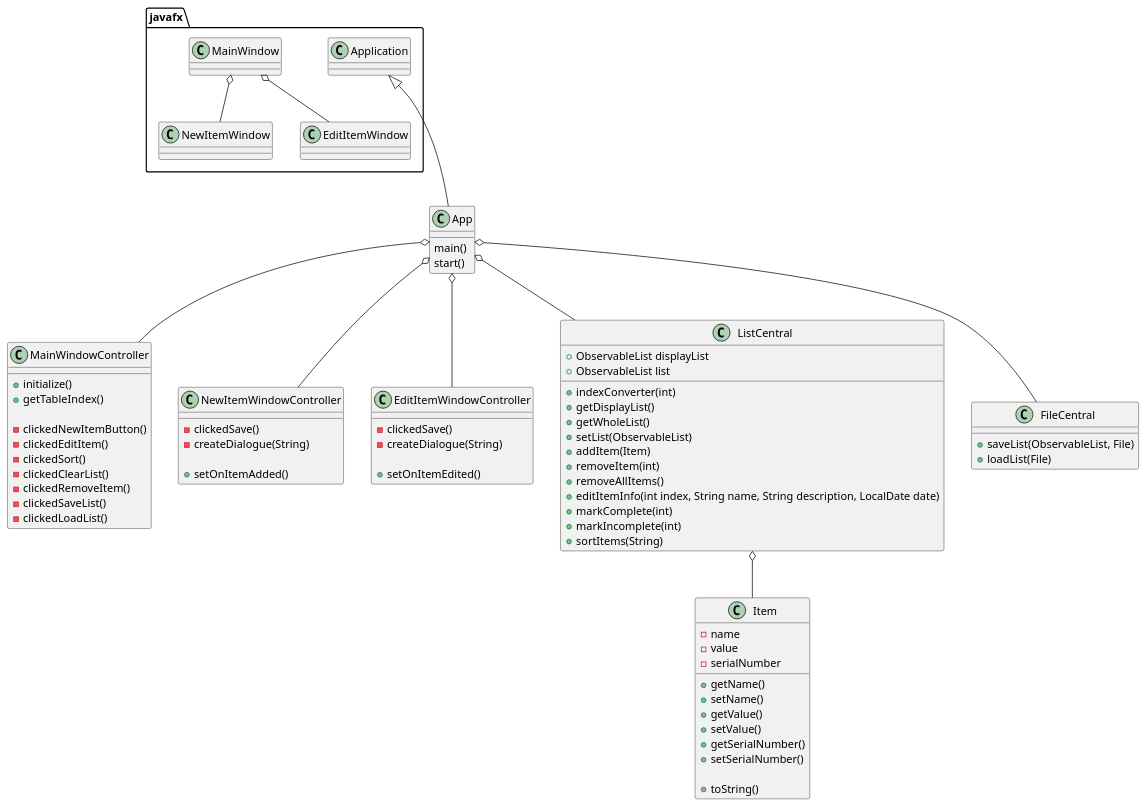
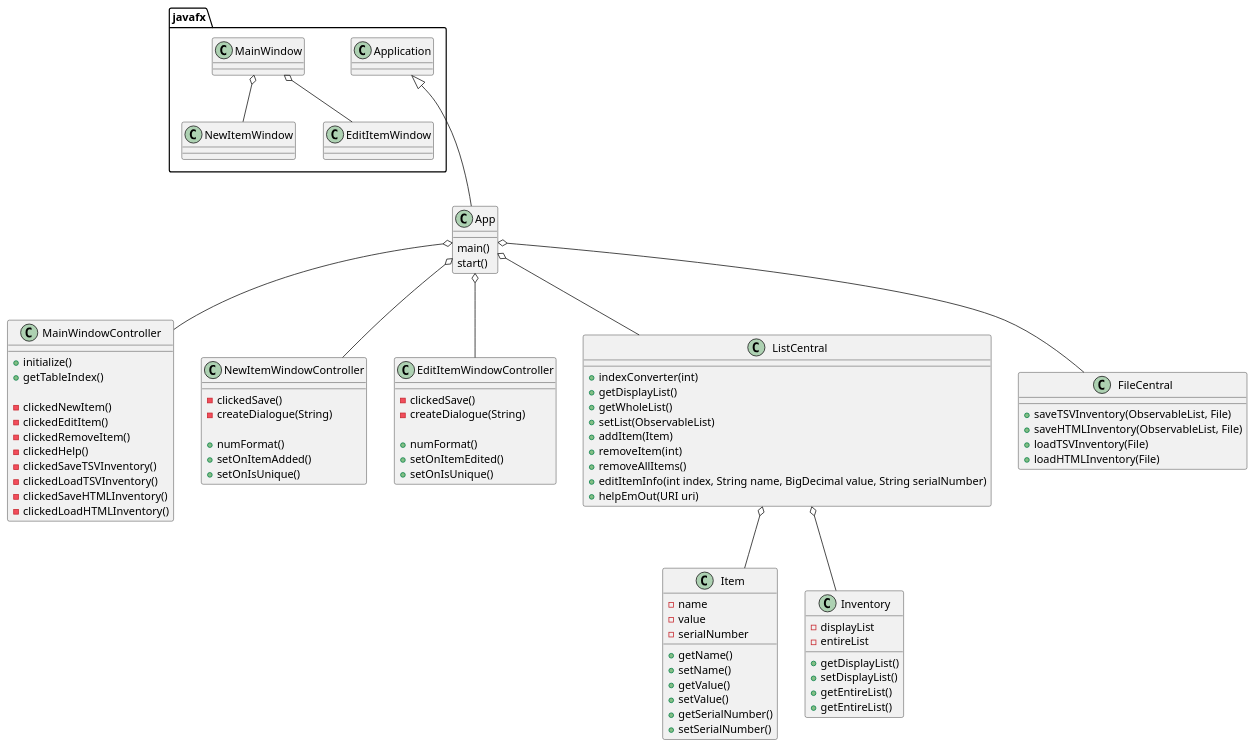
One commit to jgpeachey/Peachey-4871-a5 changed the diagram in Uml/Assignment5UML.puml. Above: the diagram before and after it, drawn with PlantUML.

Commit message:
updated uml

```diff
--- a/Uml/Assignment5UML.puml
+++ b/Uml/Assignment5UML.puml
@@ -1,83 +1,94 @@
 @startuml
 'https://plantuml.com/class-diagram
 
 class App {
     main()
     start()
 }
 
 class Item{
     -name
     -value
     -serialNumber
 
     +getName()
     +setName()
     +getValue()
     +setValue()
     +getSerialNumber()
     +setSerialNumber()
+}
 
-    +toString()
+class Inventory{
+    -displayList
+    -entireList
+
+    +getDisplayList()
+    +setDisplayList()
+    +getEntireList()
+    +getEntireList()
 }
 
 class MainWindowController{
     +initialize()
     +getTableIndex()
 
-    -clickedNewItemButton()
+    -clickedNewItem()
     -clickedEditItem()
-    -clickedSort()
-    -clickedClearList()
     -clickedRemoveItem()
-    -clickedSaveList()
-    -clickedLoadList()
+    -clickedHelp()
+    -clickedSaveTSVInventory()
+    -clickedLoadTSVInventory()
+    -clickedSaveHTMLInventory()
+    -clickedLoadHTMLInventory()
 }
 
 class NewItemWindowController{
     -clickedSave()
     -createDialogue(String)
 
+    +numFormat()
     +setOnItemAdded()
+    +setOnIsUnique()
 }
 
 class EditItemWindowController{
     -clickedSave()
     -createDialogue(String)
 
+    +numFormat()
     +setOnItemEdited()
+    +setOnIsUnique()
 }
 
 class ListCentral {
-    +ObservableList displayList
-    +ObservableList list
-
     +indexConverter(int)
     +getDisplayList()
     +getWholeList()
     +setList(ObservableList)
     +addItem(Item)
     +removeItem(int)
     +removeAllItems()
-    +editItemInfo(int index, String name, String description, LocalDate date)
-    +markComplete(int)
-    +markIncomplete(int)
-    +sortItems(String)
+    +editItemInfo(int index, String name, BigDecimal value, String serialNumber)
+    +helpEmOut(URI uri)
 }
 
 class FileCentral {
-    +saveList(ObservableList, File)
-    +loadList(File)
+    +saveTSVInventory(ObservableList, File)
+    +saveHTMLInventory(ObservableList, File)
+    +loadTSVInventory(File)
+    +loadHTMLInventory(File)
 }
 
 javafx.Application <|--- App
 javafx.MainWindow o-- javafx.NewItemWindow
 javafx.MainWindow o-- javafx.EditItemWindow
 
 App o-- ListCentral
 App o-- FileCentral
 App o-- EditItemWindowController
 App o-- NewItemWindowController
 App o-- MainWindowController
 ListCentral o-- Item
+ListCentral o-- Inventory
 @enduml
```
